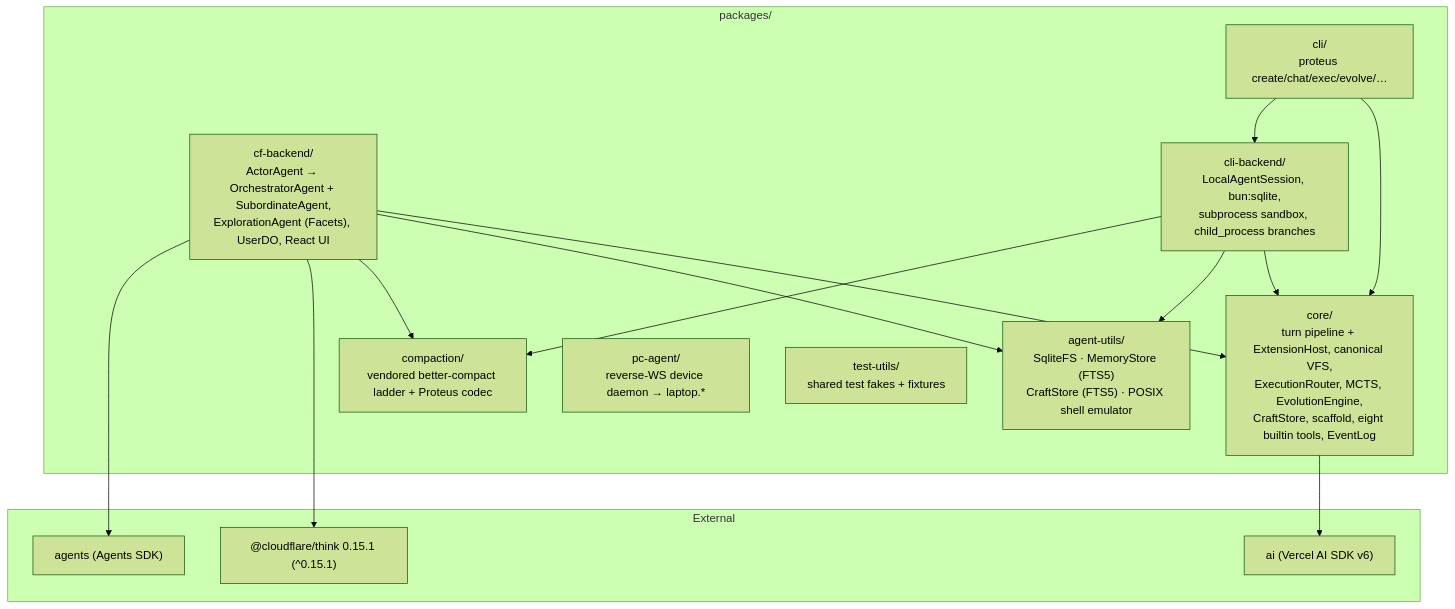
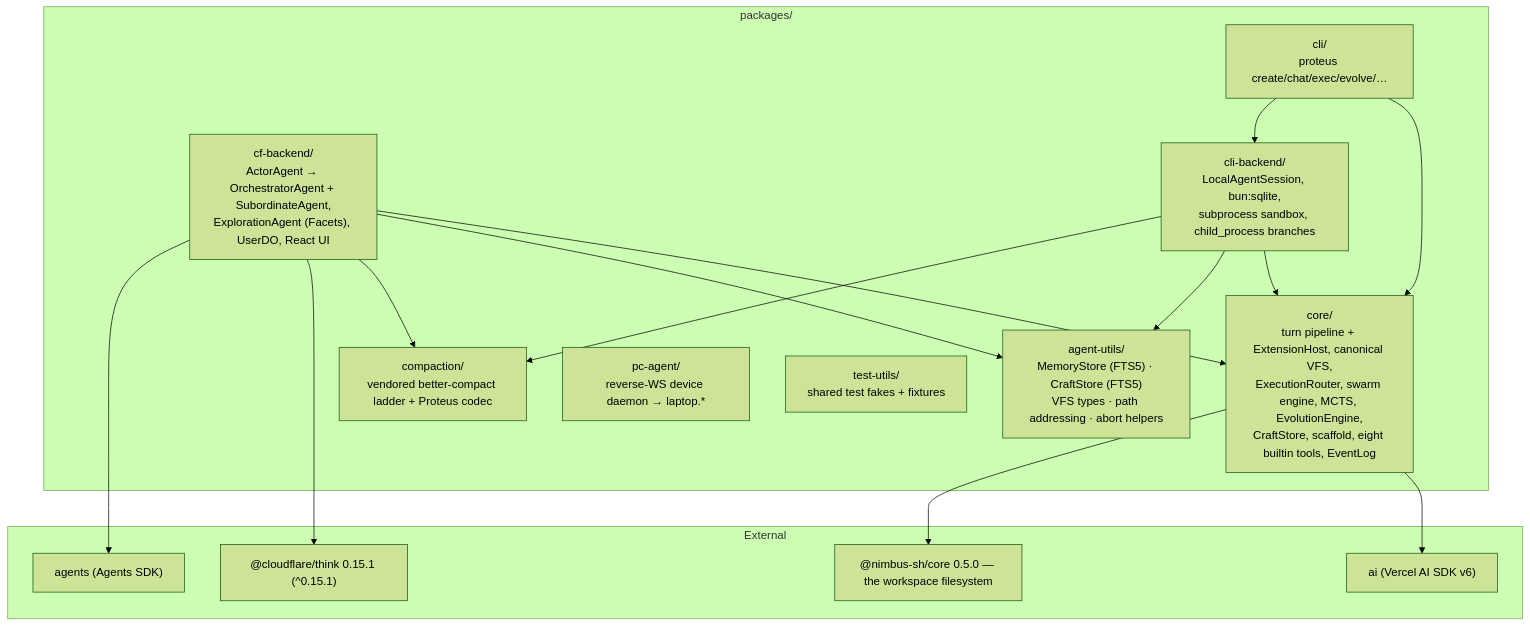
One commit to AshishKumar4/kinu changed the fifth of 5 diagrams in docs/ARCHITECTURE.md. Above: the diagram before and after it, drawn with Mermaid (forest theme). The commit also changed other lines of this file and 42 other files, not shown here.

Commit message:
docs: update diagrams, delegation docs, formal-spec counts

````diff
--- a/docs/ARCHITECTURE.md
+++ b/docs/ARCHITECTURE.md
@@ -379,32 +402,34 @@
 ```mermaid
 graph TB
     subgraph pkgs["packages/"]
-        Core["core/<br/>turn pipeline + ExtensionHost, canonical VFS,<br/>ExecutionRouter, MCTS, EvolutionEngine,<br/>CraftStore, scaffold, eight builtin tools, EventLog"]
-        Utils["agent-utils/<br/>SqliteFS · MemoryStore (FTS5)<br/>CraftStore (FTS5) · POSIX shell emulator"]
+        Core["core/<br/>turn pipeline + ExtensionHost, canonical VFS,<br/>ExecutionRouter, swarm engine, MCTS, EvolutionEngine,<br/>CraftStore, scaffold, eight builtin tools, EventLog"]
+        Utils["agent-utils/<br/>MemoryStore (FTS5) · CraftStore (FTS5)<br/>VFS types · path addressing · abort helpers"]
         Compact["compaction/<br/>vendored better-compact ladder + Proteus codec"]
         CF["cf-backend/<br/>ActorAgent → OrchestratorAgent + SubordinateAgent,<br/>ExplorationAgent (Facets), UserDO, React UI"]
         CLI["cli/<br/>proteus create/chat/exec/evolve/…"]
         CLIB["cli-backend/<br/>LocalAgentSession, bun:sqlite,<br/>subprocess sandbox, child_process branches"]
         PC["pc-agent/<br/>reverse-WS device daemon → laptop.*"]
         TU["test-utils/<br/>shared test fakes + fixtures"]
     end
 
     CF --> Core
     CF --> Utils
     CF --> Compact
     CLI --> Core
     CLI --> CLIB
     CLIB --> Core
     CLIB --> Utils
     CLIB --> Compact
 
     subgraph ext["External"]
         Think["@cloudflare/think 0.15.1 (^0.15.1)"]
         Agents["agents (Agents SDK)"]
         AISDK["ai (Vercel AI SDK v6)"]
+        Nimbus["@nimbus-sh/core 0.5.0 — the workspace filesystem"]
     end
 
     CF --> Think
     CF --> Agents
     Core --> AISDK
+    Core --> Nimbus
 ```
````
